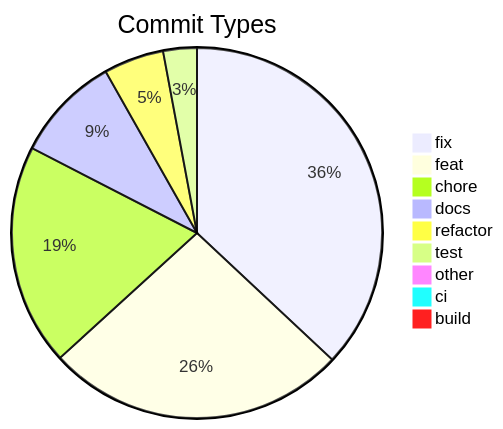
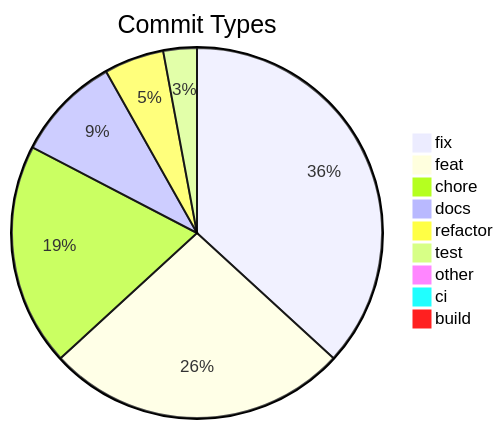
The diagram in .shipwright/compliance/change-history.md (svenroth-ai/shipwright-webui), drawn with Mermaid before and after one commit. The commit also changed other lines of this file and 23 other files, not shown here.

````diff
--- a/.shipwright/compliance/change-history.md
+++ b/.shipwright/compliance/change-history.md
@@ -8,12 +8,12 @@
 ```mermaid
 pie title Commit Types
     "fix" : 176
-    "feat" : 125
-    "chore" : 92
+    "feat" : 126
+    "chore" : 93
     "docs" : 44
     "refactor" : 25
     "test" : 14
     "other" : 4
     "ci" : 3
     "build" : 1
 ```
````
